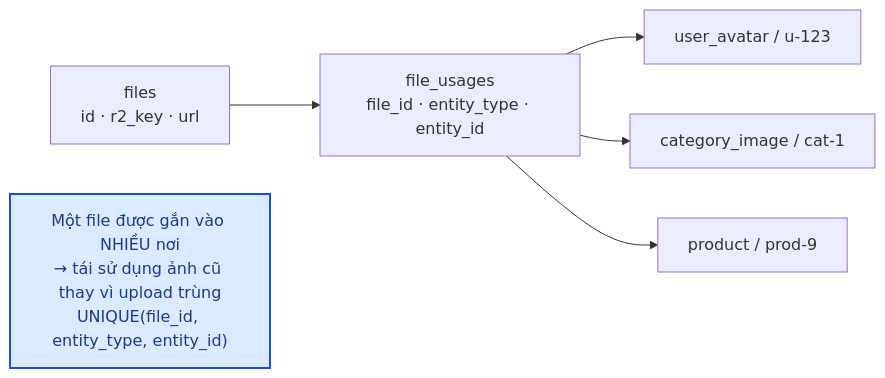
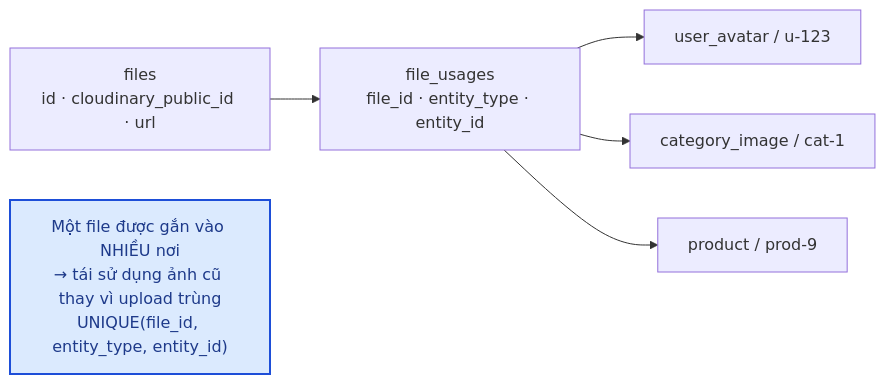
Before and after one commit to Hungvu0712/FLOWER: the second of 4 diagrams in docs/modules/core-files.md, drawn with Mermaid. The commit also changed other lines of this file and 40 other files, not shown here.

````diff
--- a/docs/modules/core-files.md
+++ b/docs/modules/core-files.md
@@ -58,11 +85,11 @@
 ```mermaid
 flowchart LR
-    F["files<br/>id · r2_key · url"] --> FU["file_usages<br/>file_id · entity_type · entity_id"]
+    F["files<br/>id · cloudinary_public_id · url"] --> FU["file_usages<br/>file_id · entity_type · entity_id"]
     FU --> E1["user_avatar / u-123"]
     FU --> E2["category_image / cat-1"]
     FU --> E3["product / prod-9"]
 
     NOTE["Một file được gắn vào NHIỀU nơi<br/>→ tái sử dụng ảnh cũ thay vì upload trùng<br/>UNIQUE(file_id, entity_type, entity_id)"]
 
     style NOTE fill:#dbeafe,stroke:#1d4ed8,stroke-width:2px,color:#1e3a8a
 ```
````
